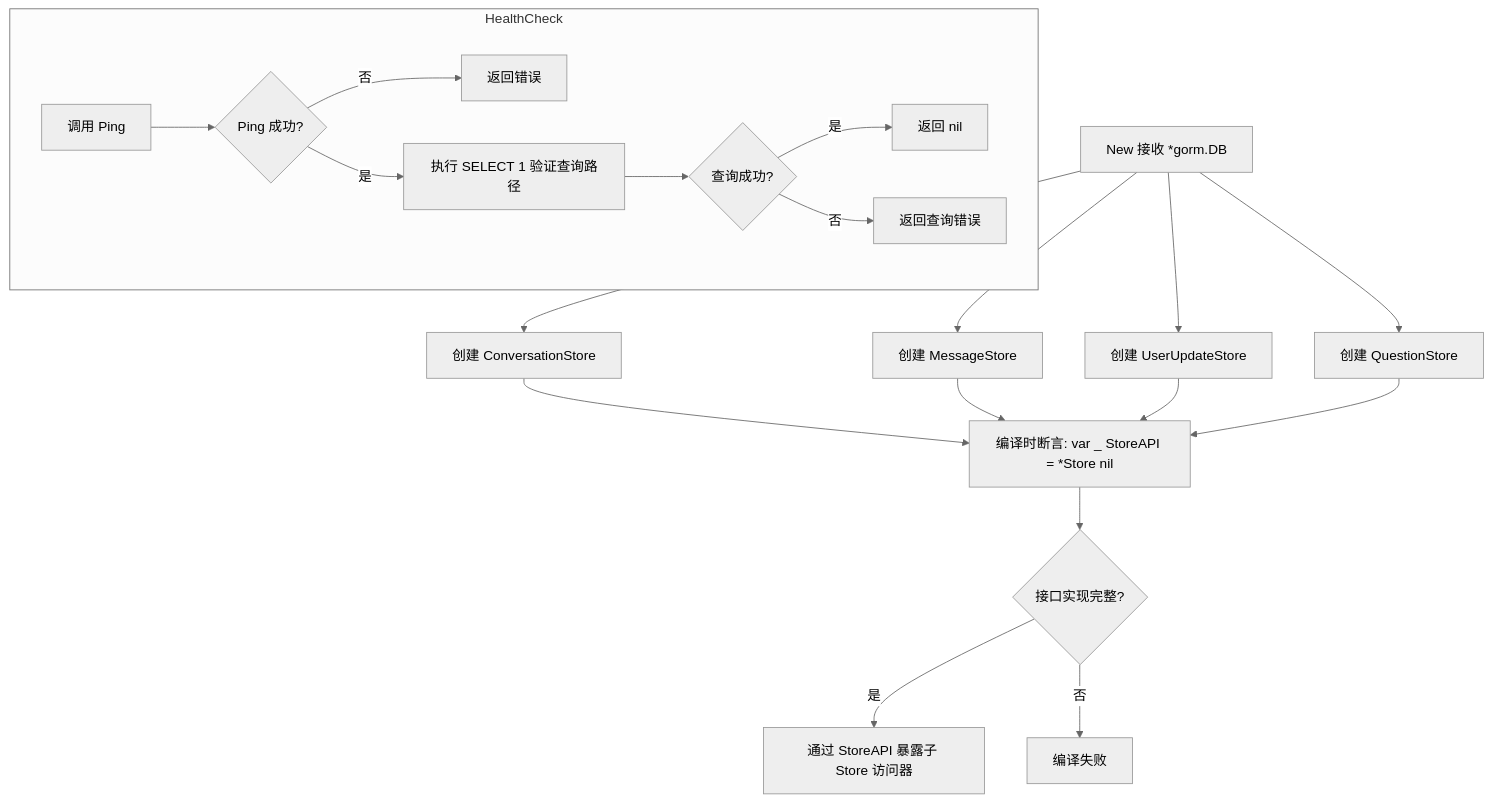
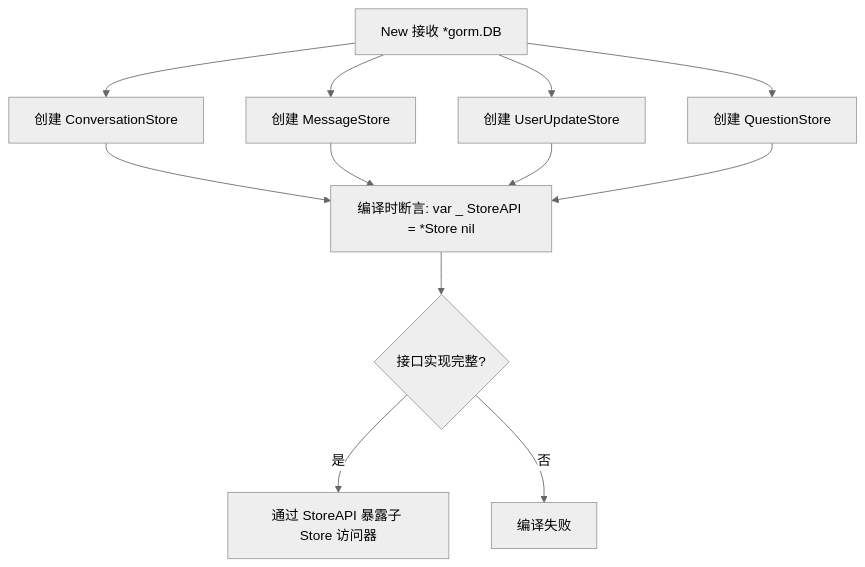
One commit to PineappleBond/xyncra-server changed the second of 15 diagrams in wiki/flows/storage.md. Above: the diagram before and after it, drawn with Mermaid (neutral theme). The commit also changed other lines of this file and 21 other files, not shown here.

````diff
--- a/wiki/flows/storage.md
+++ b/wiki/flows/storage.md
@@ -85,23 +85,14 @@
 ```mermaid
 flowchart TD
     A[New 接收 *gorm.DB] --> B[创建 ConversationStore]
     A --> C[创建 MessageStore]
     A --> D[创建 UserUpdateStore]
     A --> E[创建 QuestionStore]
     B --> F[编译时断言: var _ StoreAPI = *Store nil]
     C --> F
     D --> F
     E --> F
     F --> G{接口实现完整?}
     G -->|是| H[通过 StoreAPI 暴露子 Store 访问器]
     G -->|否| I[编译失败]
-
-    subgraph HealthCheck
-        HC1[调用 Ping] --> HC2{Ping 成功?}
-        HC2 -->|否| HC3[返回错误]
-        HC2 -->|是| HC4[执行 SELECT 1 验证查询路径]
-        HC4 --> HC5{查询成功?}
-        HC5 -->|是| HC6[返回 nil]
-        HC5 -->|否| HC7[返回查询错误]
-    end
 ```
````
